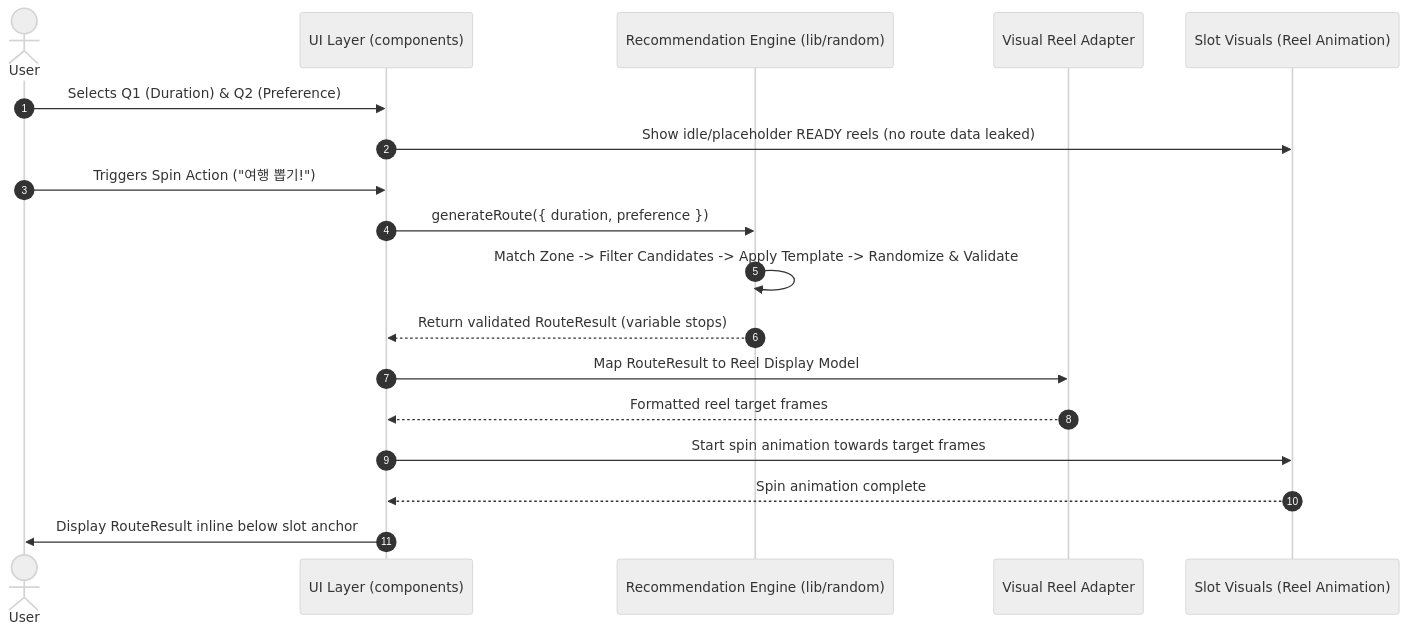
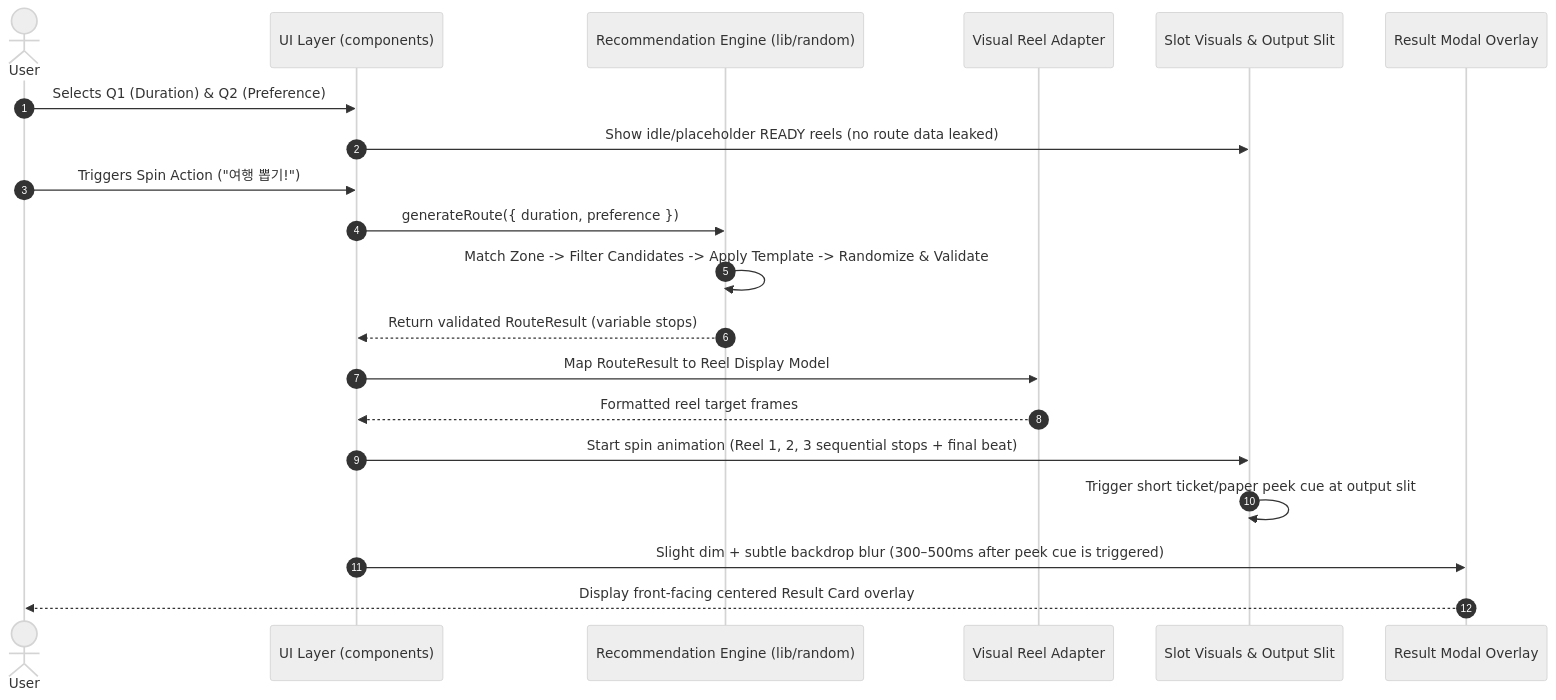
Before and after one commit to devchanz/daejeon-random-trip: the first of 2 diagrams in docs/ARCHITECTURE.md, drawn with Mermaid (neutral theme). The commit also changed other lines of this file and 3 other files, not shown here.

````diff
--- a/docs/ARCHITECTURE.md
+++ b/docs/ARCHITECTURE.md
@@ -85,21 +85,23 @@
 ```mermaid
 sequenceDiagram
     autonumber
     actor User
     participant UI as UI Layer (components)
     participant Engine as Recommendation Engine (lib/random)
     participant Adapter as Visual Reel Adapter
-    participant Reel as Slot Visuals (Reel Animation)
+    participant Slot as Slot Visuals & Output Slit
+    participant Overlay as Result Modal Overlay
     
     User->>UI: Selects Q1 (Duration) & Q2 (Preference)
-    UI->>Reel: Show idle/placeholder READY reels (no route data leaked)
+    UI->>Slot: Show idle/placeholder READY reels (no route data leaked)
     User->>UI: Triggers Spin Action ("여행 뽑기!")
     UI->>Engine: generateRoute({ duration, preference })
     Engine->>Engine: Match Zone -> Filter Candidates -> Apply Template -> Randomize & Validate
     Engine-->>UI: Return validated RouteResult (variable stops)
     UI->>Adapter: Map RouteResult to Reel Display Model
     Adapter-->>UI: Formatted reel target frames
-    UI->>Reel: Start spin animation towards target frames
-    Reel-->>UI: Spin animation complete
-    UI->>User: Display RouteResult inline below slot anchor
+    UI->>Slot: Start spin animation (Reel 1, 2, 3 sequential stops + final beat)
+    Slot->>Slot: Trigger short ticket/paper peek cue at output slit
+    UI->>Overlay: Slight dim + subtle backdrop blur (300–500ms after peek cue is triggered)
+    Overlay-->>User: Display front-facing centered Result Card overlay
 ```
````
